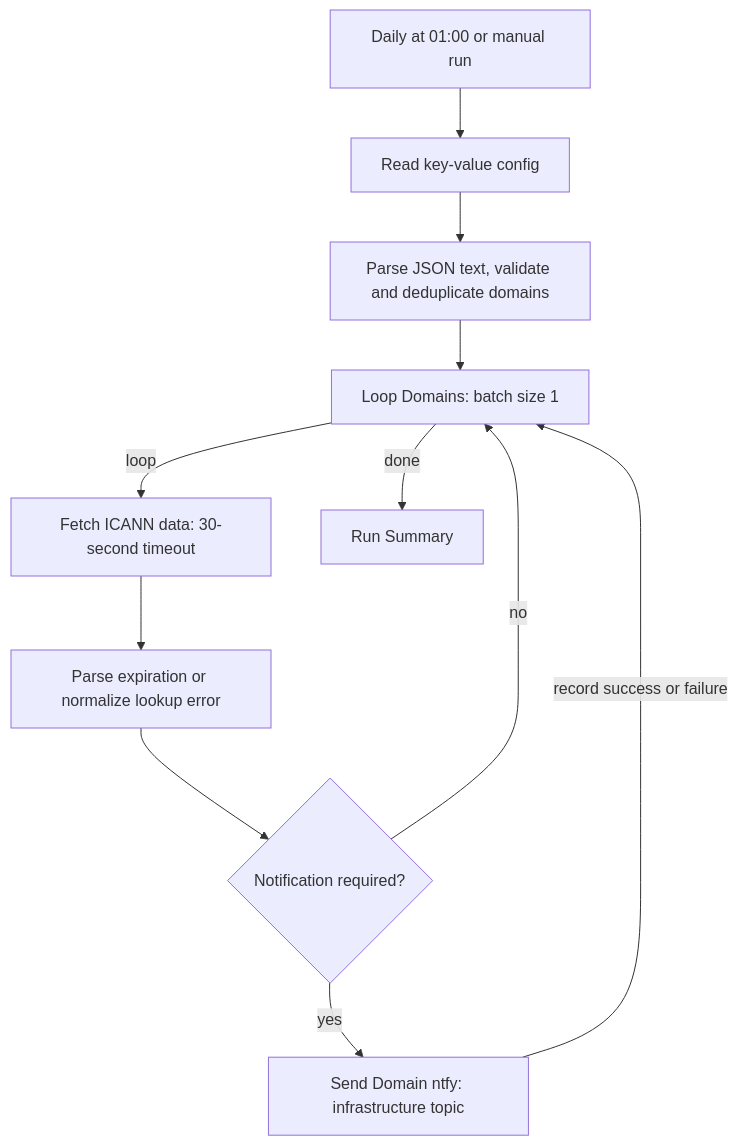
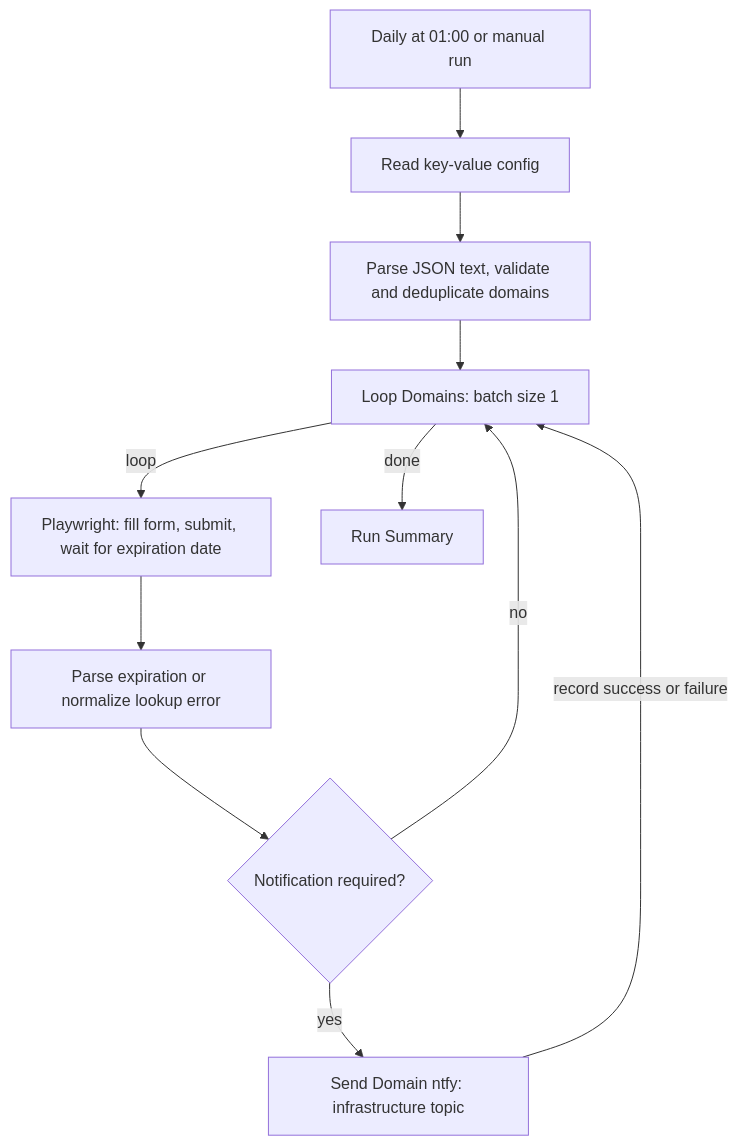
Before and after one commit to PootisPenserHere/n8n_workflows: the diagram in workflows/domain-expiration/README.md, drawn with Mermaid. The commit also changed other lines of this file and 5 other files, not shown here.

Commit message:
[add] Icann data fetching with remote playwright

````diff
--- a/workflows/domain-expiration/README.md
+++ b/workflows/domain-expiration/README.md
@@ -15,13 +15,13 @@
 ```mermaid
 flowchart TD
     Trigger[Daily at 01:00 or manual run] --> Read[Read key-value config]
     Read --> Parse[Parse JSON text, validate and deduplicate domains]
     Parse --> Loop[Loop Domains: batch size 1]
-    Loop -->|loop| Fetch[Fetch ICANN data: 30-second timeout]
+    Loop -->|loop| Fetch[Playwright: fill form, submit, wait for expiration date]
     Fetch --> Analyze[Parse expiration or normalize lookup error]
     Analyze --> Notify{Notification required?}
     Notify -->|no| Loop
     Notify -->|yes| Send[Send Domain ntfy: infrastructure topic]
     Send -->|record success or failure| Loop
     Loop -->|done| Summary[Run Summary]
 ```
````
